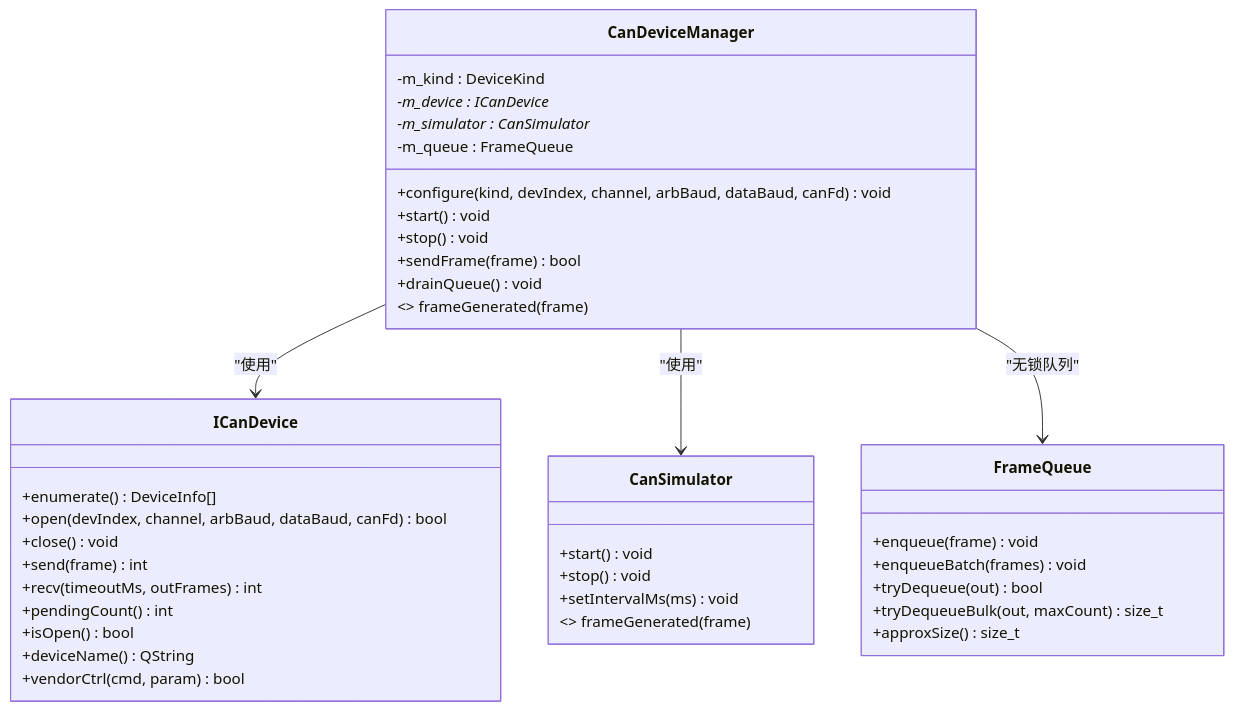
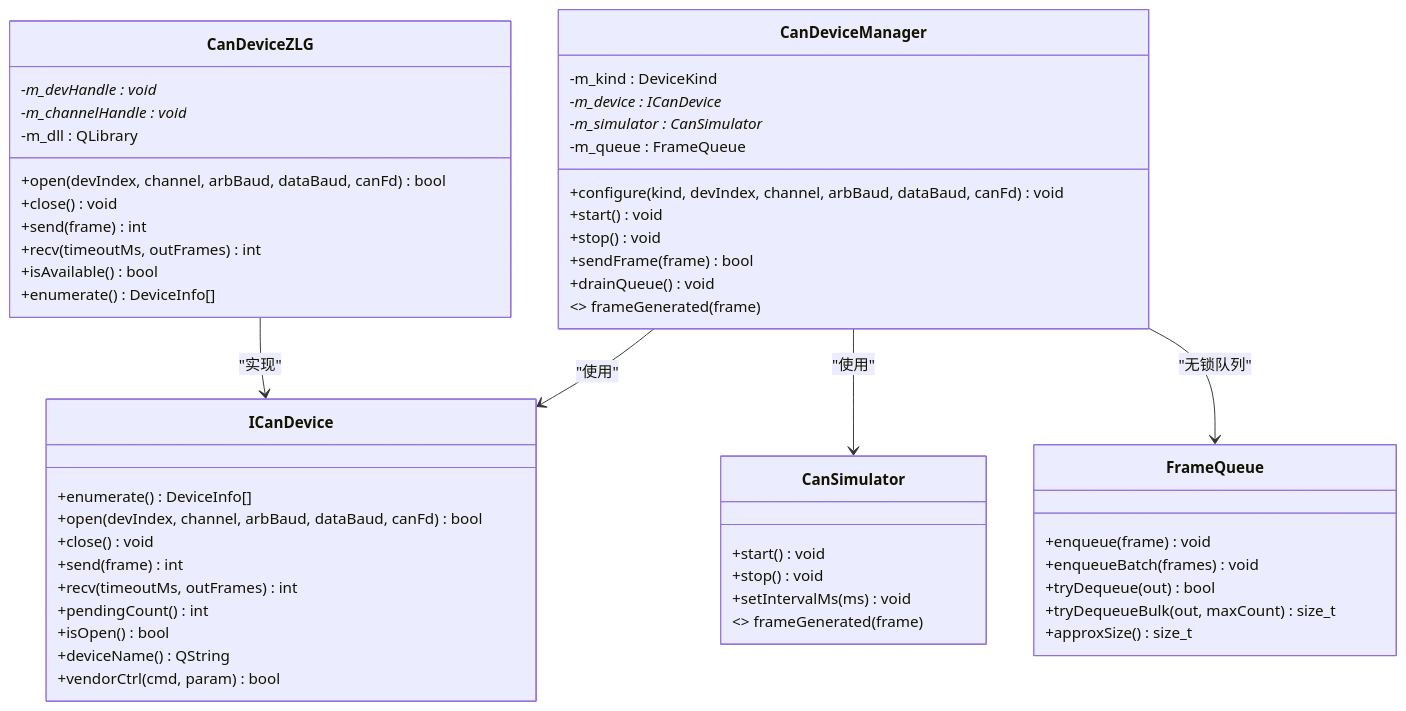
One commit to jakecai1225-design/OpenBus changed the third of 9 diagrams in .qoder/repowiki/zh/content/核心模块详解/CAN设备管理系统.md. Above: the diagram before and after it, drawn with Mermaid. The commit also changed other lines of this file and 5 other files, not shown here.

````diff
--- a/.qoder/repowiki/zh/content/核心模块详解/CAN设备管理系统.md
+++ b/.qoder/repowiki/zh/content/核心模块详解/CAN设备管理系统.md
@@ -170,42 +204,54 @@
 ```mermaid
 classDiagram
 class ICanDevice {
 +enumerate() DeviceInfo[]
 +open(devIndex, channel, arbBaud, dataBaud, canFd) bool
 +close() void
 +send(frame) int
 +recv(timeoutMs, outFrames) int
 +pendingCount() int
 +isOpen() bool
 +deviceName() QString
 +vendorCtrl(cmd, param) bool
 }
 class CanDeviceManager {
 -m_kind : DeviceKind
 -m_device : ICanDevice*
 -m_simulator : CanSimulator*
 -m_queue : FrameQueue
 +configure(kind, devIndex, channel, arbBaud, dataBaud, canFd) void
 +start() void
 +stop() void
 +sendFrame(frame) bool
 +drainQueue() void
 <<signals>> frameGenerated(frame)
 }
+class CanDeviceZLG {
+-m_devHandle : void*
+-m_channelHandle : void*
+-m_dll : QLibrary
++open(devIndex, channel, arbBaud, dataBaud, canFd) bool
++close() void
++send(frame) int
++recv(timeoutMs, outFrames) int
++isAvailable() bool
++enumerate() DeviceInfo[]
+}
 class CanSimulator {
 +start() void
 +stop() void
 +setIntervalMs(ms) void
 <<signals>> frameGenerated(frame)
 }
 class FrameQueue {
 +enqueue(frame) void
 +enqueueBatch(frames) void
 +tryDequeue(out) bool
 +tryDequeueBulk(out, maxCount) size_t
 +approxSize() size_t
 }
 CanDeviceManager --> ICanDevice : "使用"
 CanDeviceManager --> CanSimulator : "使用"
 CanDeviceManager --> FrameQueue : "无锁队列"
+CanDeviceZLG --> ICanDevice : "实现"
 ```
````
